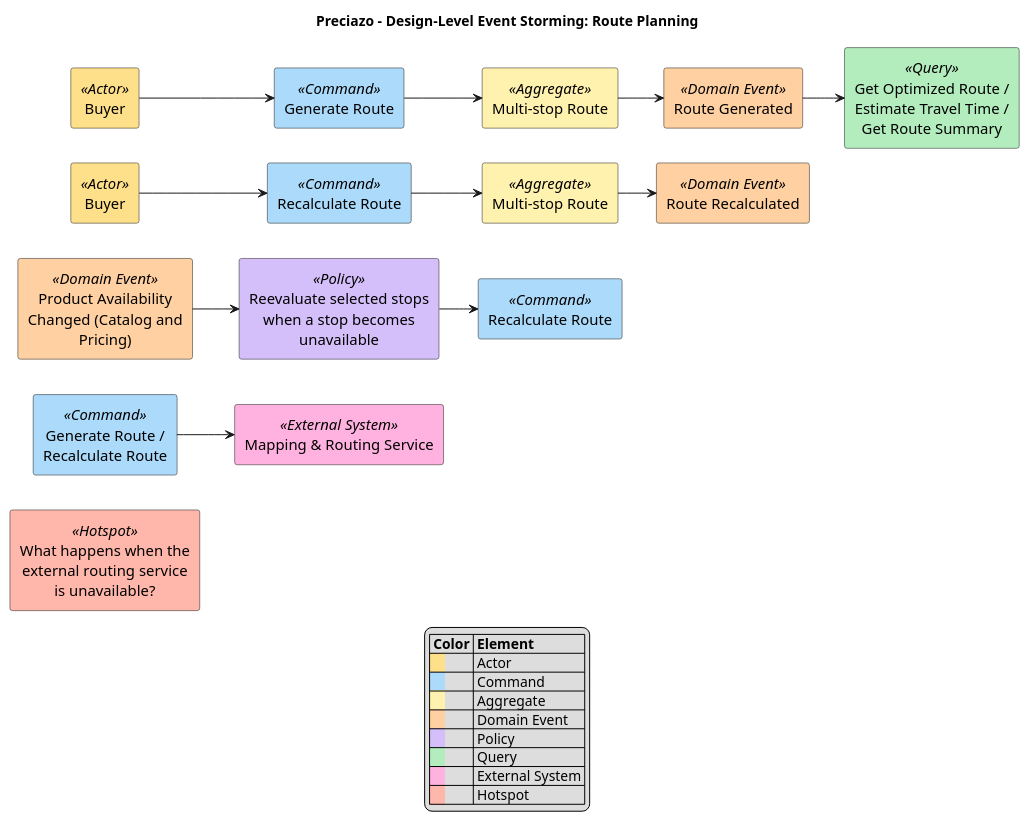
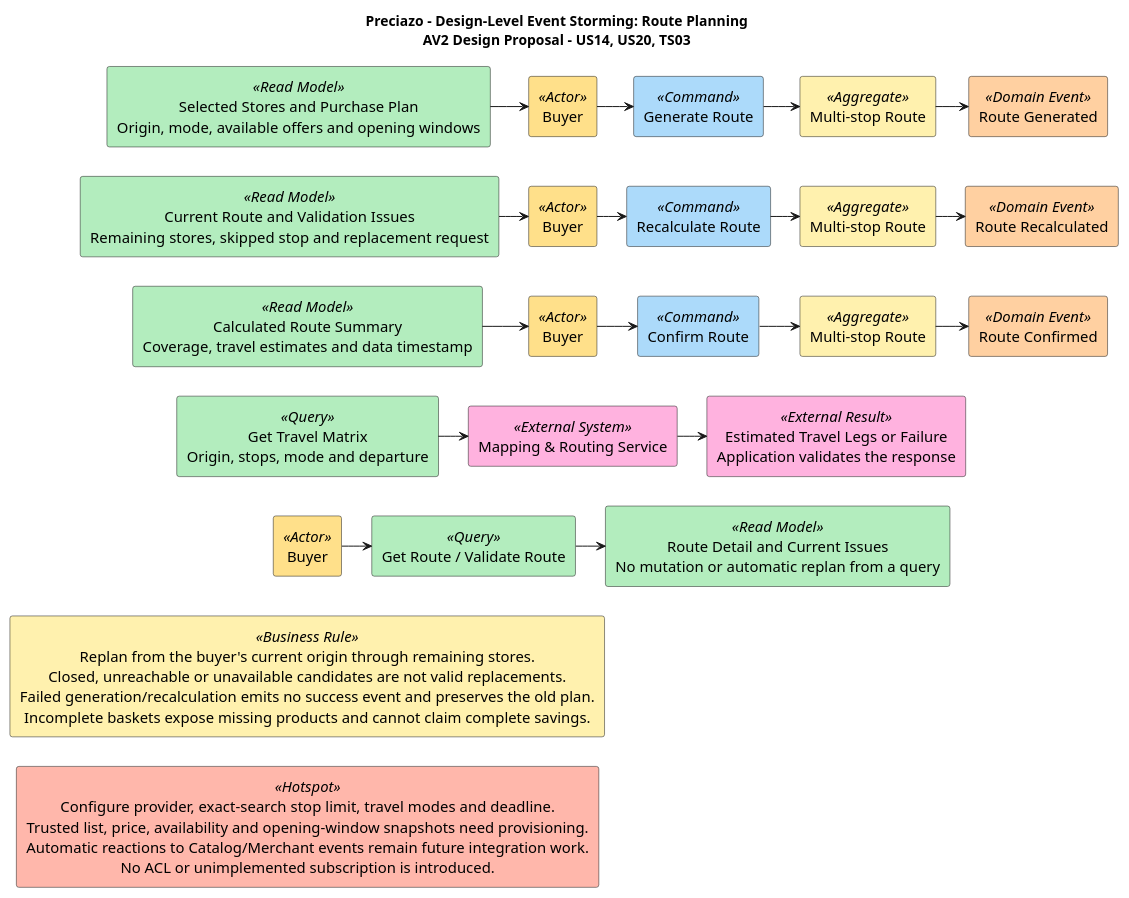
The diagram in docs/architecture/event-storming/route-planning.puml (Open-Source-1ASI0729-2620-7750/preciazo-report), drawn with PlantUML before and after one commit. The commit also changed 13 other files, not shown here.

Commit message:
docs(route-planning): align AV2 design contracts

```diff
--- a/docs/architecture/event-storming/route-planning.puml
+++ b/docs/architecture/event-storming/route-planning.puml
@@ -1,57 +1,70 @@
 @startuml Preciazo_Event_Storming_route_planning
-left to right direction
-title Preciazo - Design-Level Event Storming: Route Planning
+top to bottom direction
+title
+Preciazo - Design-Level Event Storming: Route Planning
+AV2 Design Proposal - US14, US20, TS03
+end title
 skinparam shadowing false
 skinparam defaultFontSize 15
 skinparam defaultTextAlignment center
-skinparam nodesep 35
-skinparam ranksep 35
+skinparam nodesep 30
+skinparam ranksep 30
 skinparam rectanglePadding 12
 
-rectangle "Buyer" as n0_0 <<Actor>> #FFE08A
-rectangle "Generate Route" as n0_1 <<Command>> #ACDAFA
-rectangle "Multi-stop Route" as n0_2 <<Aggregate>> #FFF1AE
-rectangle "Route Generated" as n0_3 <<Domain Event>> #FFD0A1
-rectangle "Get Optimized Route /\nEstimate Travel Time /\nGet Route Summary" as n0_4 <<Query>> #B3EDBE
-n0_0 --> n0_1
-n0_1 --> n0_2
-n0_2 --> n0_3
-n0_3 --> n0_4
+rectangle "Selected Stores and Purchase Plan\nOrigin, mode, available offers and opening windows" as read0 <<Read Model>> #B3EDBE
+rectangle "Buyer" as buyer0 <<Actor>> #FFE08A
+rectangle "Generate Route" as command0 <<Command>> #ACDAFA
+rectangle "Multi-stop Route" as aggregate0 <<Aggregate>> #FFF1AE
+rectangle "Route Generated" as event0 <<Domain Event>> #FFD0A1
+read0 -right-> buyer0
+buyer0 -right-> command0
+command0 -right-> aggregate0
+aggregate0 -right-> event0
 
-rectangle "Buyer" as n1_0 <<Actor>> #FFE08A
-rectangle "Recalculate Route" as n1_1 <<Command>> #ACDAFA
-rectangle "Multi-stop Route" as n1_2 <<Aggregate>> #FFF1AE
-rectangle "Route Recalculated" as n1_3 <<Domain Event>> #FFD0A1
-n1_0 --> n1_1
-n1_1 --> n1_2
-n1_2 --> n1_3
+rectangle "Current Route and Validation Issues\nRemaining stores, skipped stop and replacement request" as read1 <<Read Model>> #B3EDBE
+rectangle "Buyer" as buyer1 <<Actor>> #FFE08A
+rectangle "Recalculate Route" as command1 <<Command>> #ACDAFA
+rectangle "Multi-stop Route" as aggregate1 <<Aggregate>> #FFF1AE
+rectangle "Route Recalculated" as event1 <<Domain Event>> #FFD0A1
+read1 -right-> buyer1
+buyer1 -right-> command1
+command1 -right-> aggregate1
+aggregate1 -right-> event1
 
-rectangle "Product Availability\nChanged (Catalog and\nPricing)" as n2_0 <<Domain Event>> #FFD0A1
-rectangle "Reevaluate selected stops\nwhen a stop becomes\nunavailable" as n2_1 <<Policy>> #D4BFFA
-rectangle "Recalculate Route" as n2_2 <<Command>> #ACDAFA
-n2_0 --> n2_1
-n2_1 --> n2_2
+rectangle "Calculated Route Summary\nCoverage, travel estimates and data timestamp" as read2 <<Read Model>> #B3EDBE
+rectangle "Buyer" as buyer2 <<Actor>> #FFE08A
+rectangle "Confirm Route" as command2 <<Command>> #ACDAFA
+rectangle "Multi-stop Route" as aggregate2 <<Aggregate>> #FFF1AE
+rectangle "Route Confirmed" as event2 <<Domain Event>> #FFD0A1
+read2 -right-> buyer2
+buyer2 -right-> command2
+command2 -right-> aggregate2
+aggregate2 -right-> event2
+read0 -[hidden]down-> read1
+buyer0 -[hidden]down-> buyer1
+command0 -[hidden]down-> command1
+aggregate0 -[hidden]down-> aggregate1
+event0 -[hidden]down-> event1
+read1 -[hidden]down-> read2
+buyer1 -[hidden]down-> buyer2
+command1 -[hidden]down-> command2
+aggregate1 -[hidden]down-> aggregate2
+event1 -[hidden]down-> event2
 
-rectangle "Generate Route /\nRecalculate Route" as n3_0 <<Command>> #ACDAFA
-rectangle "Mapping & Routing Service" as n3_1 <<External System>> #FFB2DF
-n3_0 --> n3_1
-
-rectangle "What happens when the\nexternal routing service\nis unavailable?" as n4_0 <<Hotspot>> #FFB7AB
-
-n0_0 -[hidden,norank]down-> n1_0
-n1_0 -[hidden,norank]down-> n2_0
-n2_0 -[hidden,norank]down-> n3_0
-n3_0 -[hidden,norank]down-> n4_0
-
-legend bottom
-|= Color |= Element |
-|<back:#FFE08A>    </back>| Actor |
-|<back:#ACDAFA>    </back>| Command |
-|<back:#FFF1AE>    </back>| Aggregate |
-|<back:#FFD0A1>    </back>| Domain Event |
-|<back:#D4BFFA>    </back>| Policy |
-|<back:#B3EDBE>    </back>| Query |
-|<back:#FFB2DF>    </back>| External System |
-|<back:#FFB7AB>    </back>| Hotspot |
-endlegend
+rectangle "Get Travel Matrix\nOrigin, stops, mode and departure" as outbound <<Query>> #B3EDBE
+rectangle "Mapping & Routing Service" as provider <<External System>> #FFB2DF
+rectangle "Estimated Travel Legs or Failure\nApplication validates the response" as response <<External Result>> #FFB2DF
+outbound -right-> provider
+provider -right-> response
+read2 -[hidden]down-> outbound
+rectangle "Buyer" as reader <<Actor>> #FFE08A
+rectangle "Get Route / Validate Route" as query <<Query>> #B3EDBE
+rectangle "Route Detail and Current Issues\nNo mutation or automatic replan from a query" as view <<Read Model>> #B3EDBE
+reader -right-> query
+query -right-> view
+outbound -[hidden]down-> reader
+rectangle "Replan from the buyer's current origin through remaining stores.\nClosed, unreachable or unavailable candidates are not valid replacements.\nFailed generation/recalculation emits no success event and preserves the old plan.\nIncomplete baskets expose missing products and cannot claim complete savings." as rules <<Business Rule>> #FFF1AE
+rectangle "Configure provider, exact-search stop limit, travel modes and deadline.\nTrusted list, price, availability and opening-window snapshots need provisioning.\nAutomatic reactions to Catalog/Merchant events remain future integration work.\nNo ACL or unimplemented subscription is introduced." as hotspot <<Hotspot>> #FFB7AB
+reader -[hidden]down-> rules
+rules -[hidden]down-> hotspot
 @enduml
```
